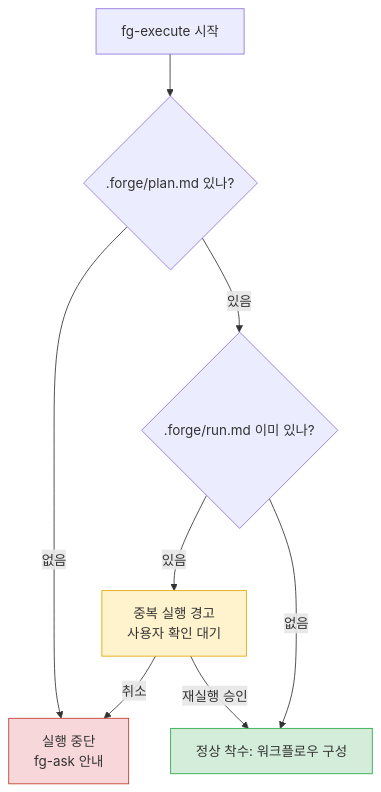
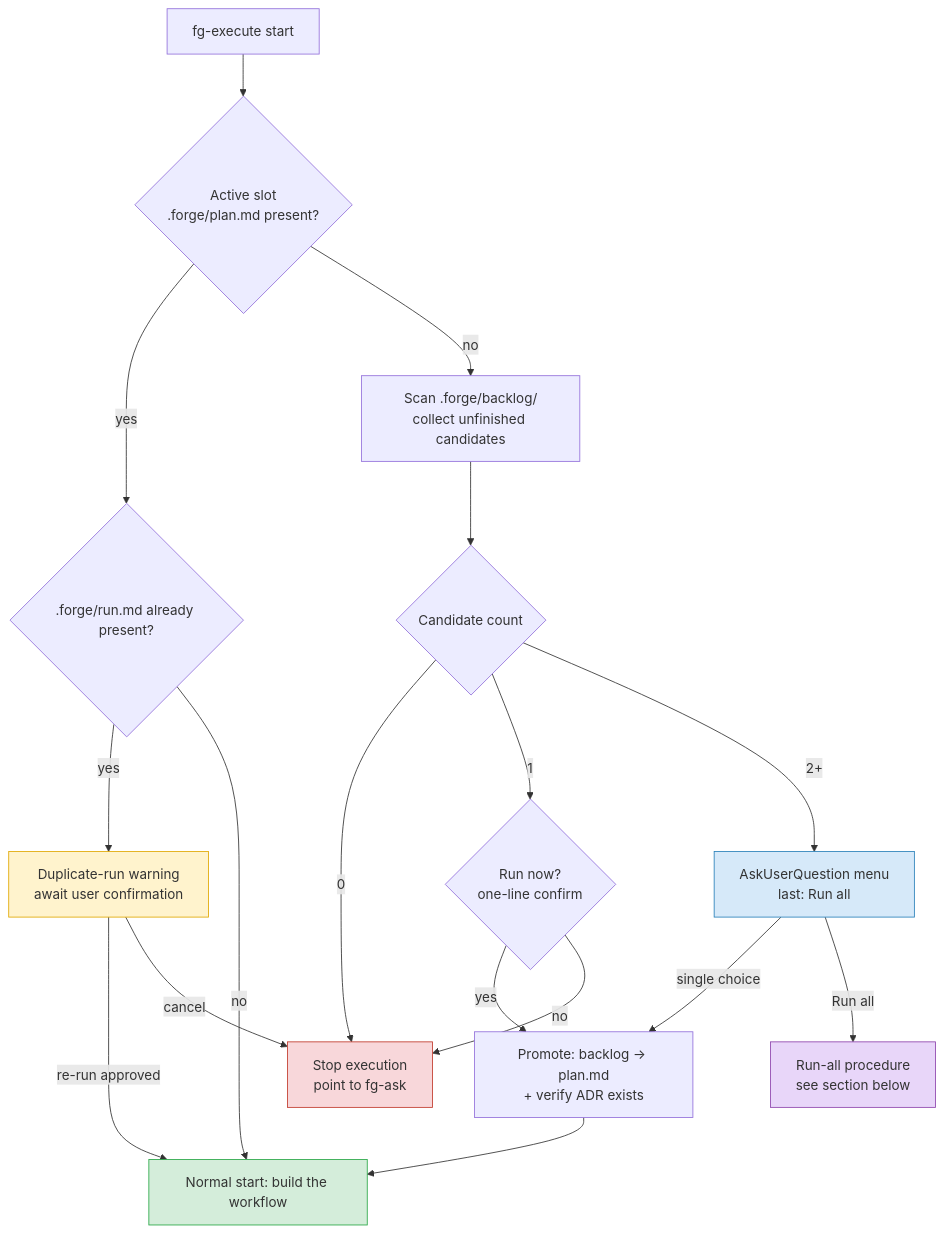
One commit to gyuha/forge changed the diagram in skills/fg-execute/SKILL.md. Above: the diagram before and after it, drawn with Mermaid. The commit also changed other lines of this file and 9 other files, not shown here.

````diff
--- a/skills/fg-execute/SKILL.md
+++ b/skills/fg-execute/SKILL.md
@@ -22,14 +32,24 @@
 ```mermaid
 flowchart TD
-    A[fg-execute 시작] --> B{.forge/plan.md 있나?}
-    B -- 없음 --> C[실행 중단<br/>fg-ask 안내]
-    B -- 있음 --> D{.forge/run.md 이미 있나?}
-    D -- 있음 --> E[중복 실행 경고<br/>사용자 확인 대기]
-    E -- 재실행 승인 --> F
-    E -- 취소 --> C
-    D -- 없음 --> F[정상 착수: 워크플로우 구성]
+    A[fg-execute start] --> S{Active slot<br/>.forge/plan.md present?}
+    S -- yes --> D{.forge/run.md already present?}
+    S -- no --> BL[Scan .forge/backlog/<br/>collect unfinished candidates]
+    BL --> N{Candidate count}
+    N -- 0 --> C[Stop execution<br/>point to fg-ask]
+    N -- 1 --> Y{Run now?<br/>one-line confirm} -- yes --> P[Promote: backlog → plan.md<br/>+ verify ADR exists]
+    Y -- no --> C
+    N -- 2+ --> M[AskUserQuestion menu<br/>last: Run all]
+    M -- single choice --> P
+    M -- Run all --> ALL[Run-all procedure<br/>see section below]
+    P --> F
+    D -- yes --> E[Duplicate-run warning<br/>await user confirmation]
+    E -- re-run approved --> F
+    E -- cancel --> C
+    D -- no --> F[Normal start: build the workflow]
 
     style C fill:#f8d7da,stroke:#c0392b
     style E fill:#fff3cd,stroke:#e0a800
+    style M fill:#d6e9f9,stroke:#2980b9
+    style ALL fill:#e8d6f9,stroke:#8e44ad
     style F fill:#d4edda,stroke:#28a745
 ```
````
